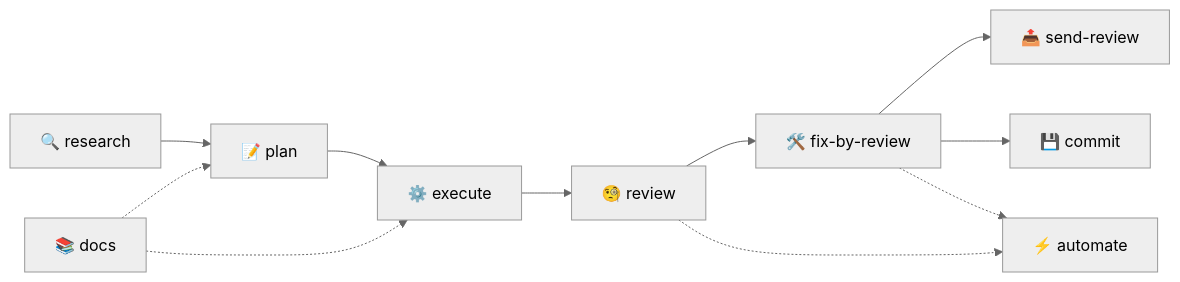
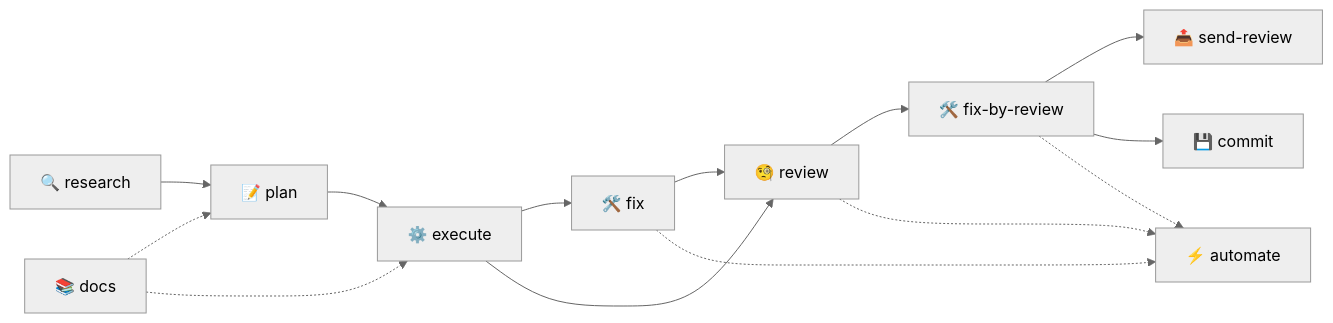
One commit to falur/eda changed the diagram in README.md. Above: the diagram before and after it, drawn with Mermaid (neutral theme). The commit also changed other lines of this file and 7 other files, not shown here.

````diff
--- a/README.md
+++ b/README.md
@@ -58,13 +59,16 @@
 ```mermaid
 flowchart LR
     R[🔍 research] --> P[📝 plan]
     P --> E[⚙️ execute]
-    E --> V[🧐 review]
+    E --> X[🛠️ fix]
+    X --> V[🧐 review]
+    E --> V
     V --> F[🛠️ fix-by-review]
     F --> S[📤 send-review]
     F --> C[💾 commit]
     V -.-> A[⚡ automate]
     F -.-> A
+    X -.-> A
     D[📚 docs] -.-> P
     D -.-> E
 ```
````
